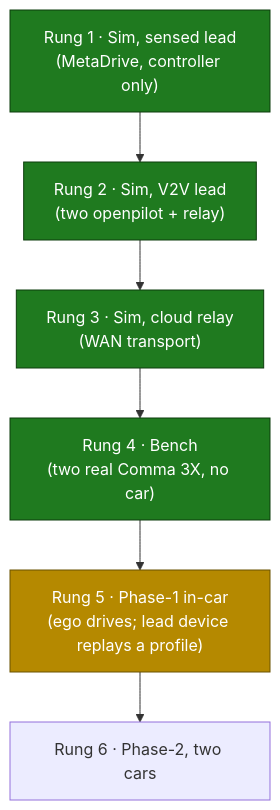
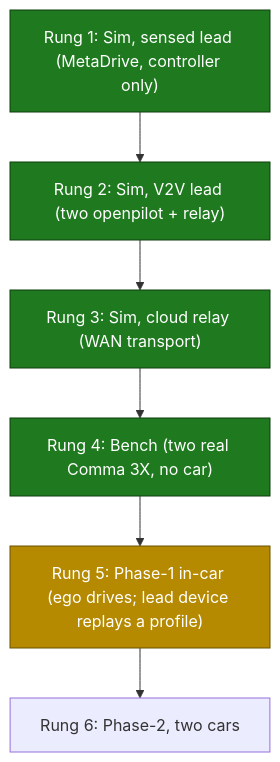
The diagram in openpilot-hcc/README.md (ethanmathias/portfolio), drawn with Mermaid before and after one commit. The commit also changed other lines of this file and 3 other files, not shown here.

````diff
--- a/openpilot-hcc/README.md
+++ b/openpilot-hcc/README.md
@@ -35,14 +36,14 @@
 ```mermaid
 flowchart TB
-    R1["Rung 1 · Sim, sensed lead<br/>(MetaDrive, controller only)"]
-    R2["Rung 2 · Sim, V2V lead<br/>(two openpilot + relay)"]
-    R3["Rung 3 · Sim, cloud relay<br/>(WAN transport)"]
-    R4["Rung 4 · Bench<br/>(two real Comma 3X, no car)"]
-    R5["Rung 5 · Phase-1 in-car<br/>(ego drives; lead device replays a profile)"]
-    R6["Rung 6 · Phase-2, two cars"]
+    R1["Rung 1: Sim, sensed lead (MetaDrive, controller only)"]
+    R2["Rung 2: Sim, V2V lead (two openpilot + relay)"]
+    R3["Rung 3: Sim, cloud relay (WAN transport)"]
+    R4["Rung 4: Bench (two real Comma 3X, no car)"]
+    R5["Rung 5: Phase-1 in-car (ego drives; lead device replays a profile)"]
+    R6["Rung 6: Phase-2, two cars"]
     R1 --> R2 --> R3 --> R4 --> R5 --> R6
     classDef done fill:#1f7a1f,color:#fff,stroke:#0d3d0d;
     classDef next fill:#b58900,color:#fff,stroke:#6b5200;
     class R1,R2,R3,R4 done
     class R5 next
 ```
````
